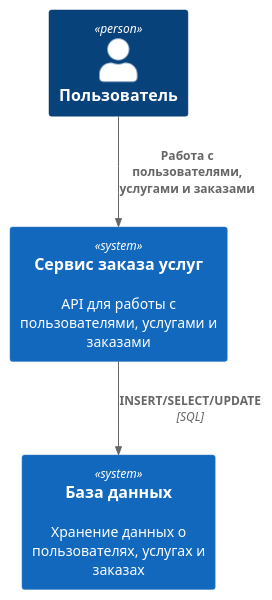
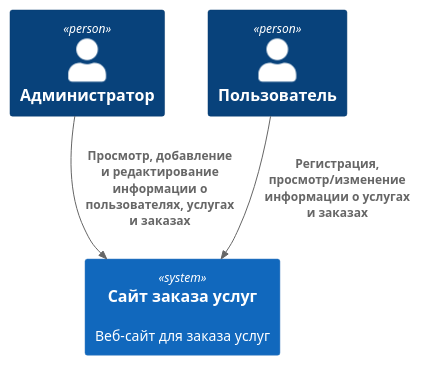
The diagram in context.md (KoryakovDmitry/hl_mai_lab_00), drawn with PlantUML before and after one commit. The commit also changed other lines of this file and 2 other files, not shown here.

````diff
--- a/context.md
+++ b/context.md
@@ -3,13 +2,14 @@
 ```plantuml
 @startuml
 !include https://raw.githubusercontent.com/plantuml-stdlib/C4-PlantUML/master/C4_Container.puml
 
+Person(admin, "Администратор")
 Person(user, "Пользователь")
-System(service, "Сервис заказа услуг", "API для работы с пользователями, услугами и заказами")
-System(database, "База данных", "Хранение данных о пользователях, услугах и заказах")
 
-Rel(user, service, "Работа с пользователями, услугами и заказами")
-Rel(service, database, "INSERT/SELECT/UPDATE", "SQL")
+System(service_order_site, "Сайт заказа услуг", "Веб-сайт для заказа услуг")
+
+Rel(admin, service_order_site, "Просмотр, добавление и редактирование информации о пользователях, услугах и заказах")
+Rel(user, service_order_site, "Регистрация, просмотр/изменение информации о услугах и заказах")
 
 @enduml
 ```
````
